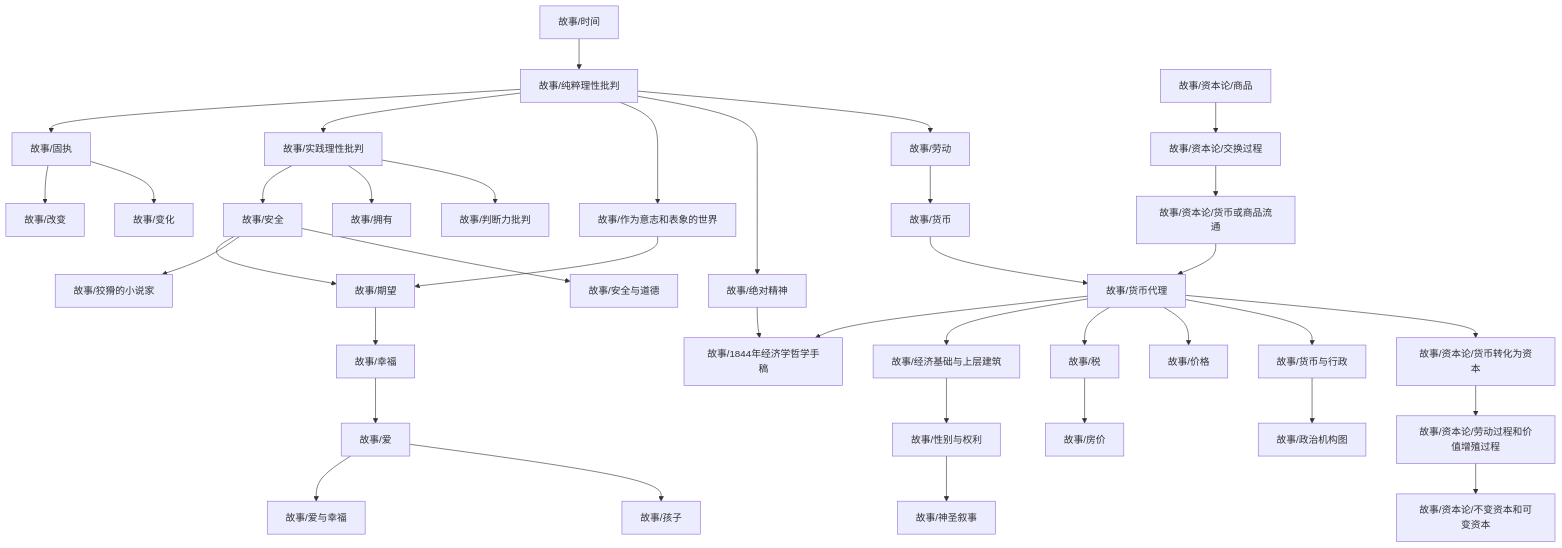
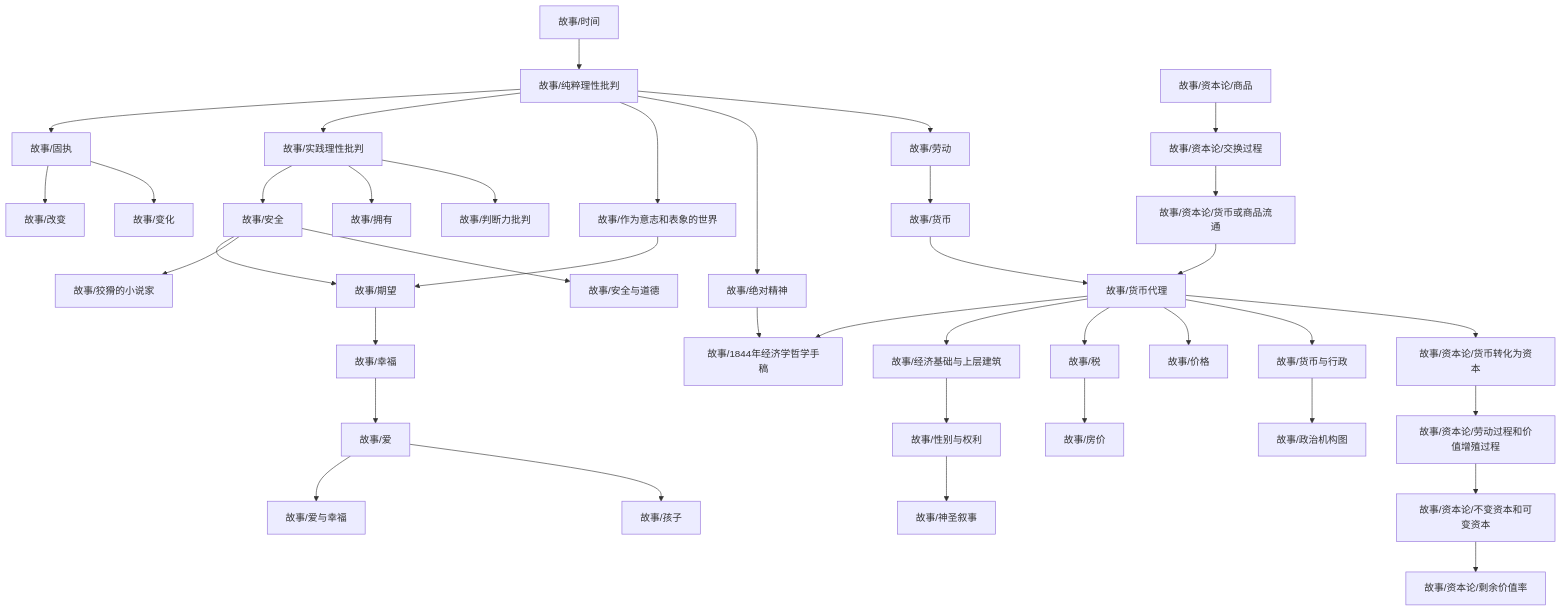
Before and after one commit to zengls3186428803/zengls3186428803.github.io: the diagram in content/故事/dependency_graph.md, drawn with Mermaid. The commit also changed 2 other files, not shown here.

````diff
--- a/content/故事/dependency_graph.md
+++ b/content/故事/dependency_graph.md
@@ -1,40 +1,41 @@
 ```mermaid
 graph TD
 1["故事/纯粹理性批判"] --> 0["故事/固执"]
 3["故事/经济基础与上层建筑"] --> 2["故事/性别与权利"]
 0["故事/固执"] --> 4["故事/改变"]
 6["故事/货币代理"] --> 5["故事/1844年经济学哲学手稿"]
 7["故事/绝对精神"] --> 5["故事/1844年经济学哲学手稿"]
 9["故事/作为意志和表象的世界"] --> 8["故事/期望"]
 10["故事/安全"] --> 8["故事/期望"]
 10["故事/安全"] --> 11["故事/狡猾的小说家"]
 1["故事/纯粹理性批判"] --> 12["故事/实践理性批判"]
 13["故事/时间"] --> 1["故事/纯粹理性批判"]
 12["故事/实践理性批判"] --> 10["故事/安全"]
 6["故事/货币代理"] --> 3["故事/经济基础与上层建筑"]
 12["故事/实践理性批判"] --> 14["故事/拥有"]
 6["故事/货币代理"] --> 15["故事/税"]
 15["故事/税"] --> 16["故事/房价"]
 18["故事/货币与行政"] --> 17["故事/政治机构图"]
 0["故事/固执"] --> 19["故事/变化"]
 21["故事/幸福"] --> 20["故事/爱"]
 6["故事/货币代理"] --> 22["故事/价格"]
 23["故事/货币"] --> 6["故事/货币代理"]
 24["故事/资本论/货币或商品流通"] --> 6["故事/货币代理"]
 1["故事/纯粹理性批判"] --> 9["故事/作为意志和表象的世界"]
 1["故事/纯粹理性批判"] --> 7["故事/绝对精神"]
 6["故事/货币代理"] --> 18["故事/货币与行政"]
 10["故事/安全"] --> 26["故事/安全与道德"]
 2["故事/性别与权利"] --> 27["故事/神圣叙事"]
 20["故事/爱"] --> 28["故事/爱与幸福"]
 29["故事/劳动"] --> 23["故事/货币"]
 20["故事/爱"] --> 30["故事/孩子"]
 1["故事/纯粹理性批判"] --> 29["故事/劳动"]
 12["故事/实践理性批判"] --> 31["故事/判断力批判"]
 8["故事/期望"] --> 21["故事/幸福"]
-32["故事/资本论/交换过程"] --> 24["故事/资本论/货币或商品流通"]
-34["故事/资本论/货币转化为资本"] --> 33["故事/资本论/劳动过程和价值增殖过程"]
-33["故事/资本论/劳动过程和价值增殖过程"] --> 35["故事/资本论/不变资本和可变资本"]
-6["故事/货币代理"] --> 34["故事/资本论/货币转化为资本"]
-36["故事/资本论/商品"] --> 32["故事/资本论/交换过程"]
+33["故事/资本论/不变资本和可变资本"] --> 32["故事/资本论/剩余价值率"]
+34["故事/资本论/交换过程"] --> 24["故事/资本论/货币或商品流通"]
+36["故事/资本论/货币转化为资本"] --> 35["故事/资本论/劳动过程和价值增殖过程"]
+35["故事/资本论/劳动过程和价值增殖过程"] --> 33["故事/资本论/不变资本和可变资本"]
+6["故事/货币代理"] --> 36["故事/资本论/货币转化为资本"]
+37["故事/资本论/商品"] --> 34["故事/资本论/交换过程"]
 ```
````
